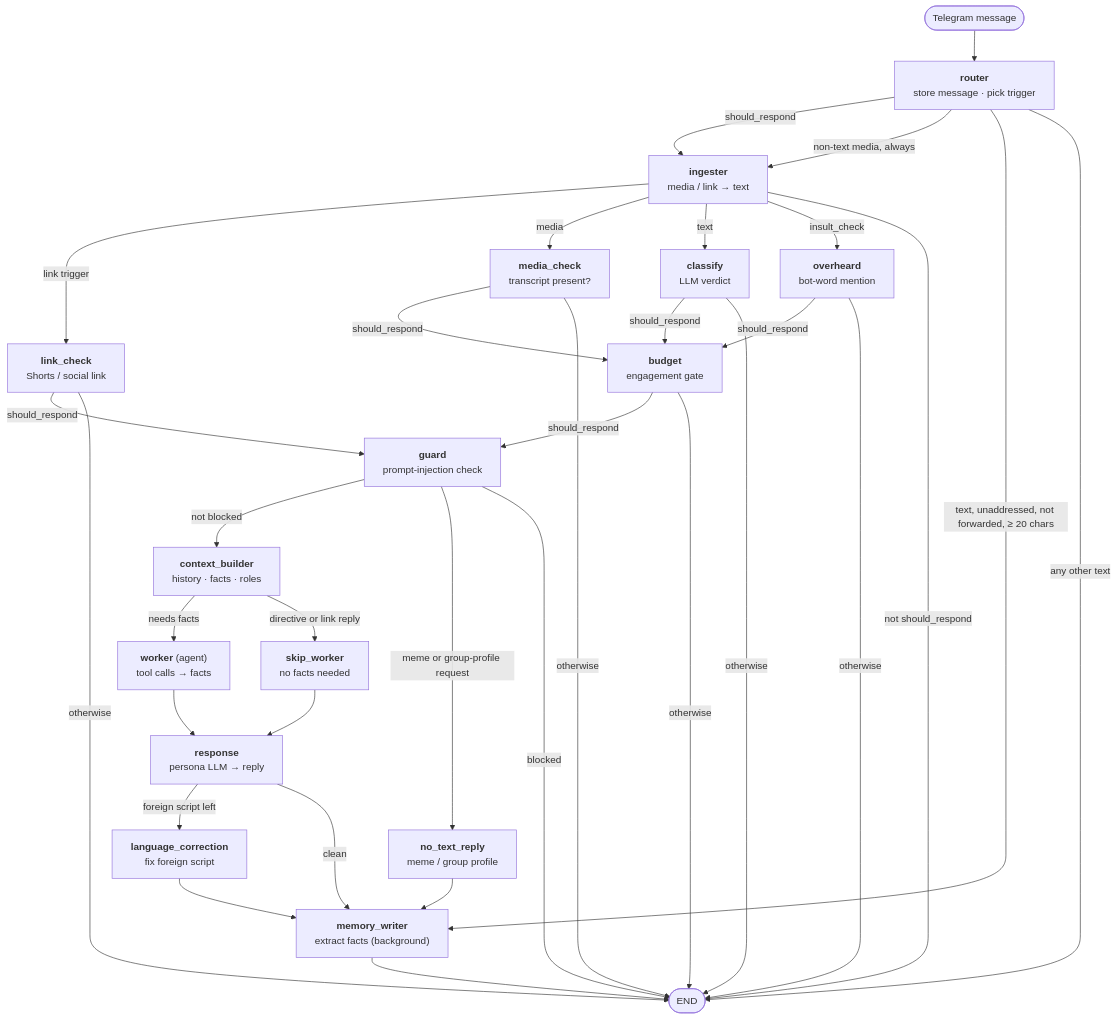
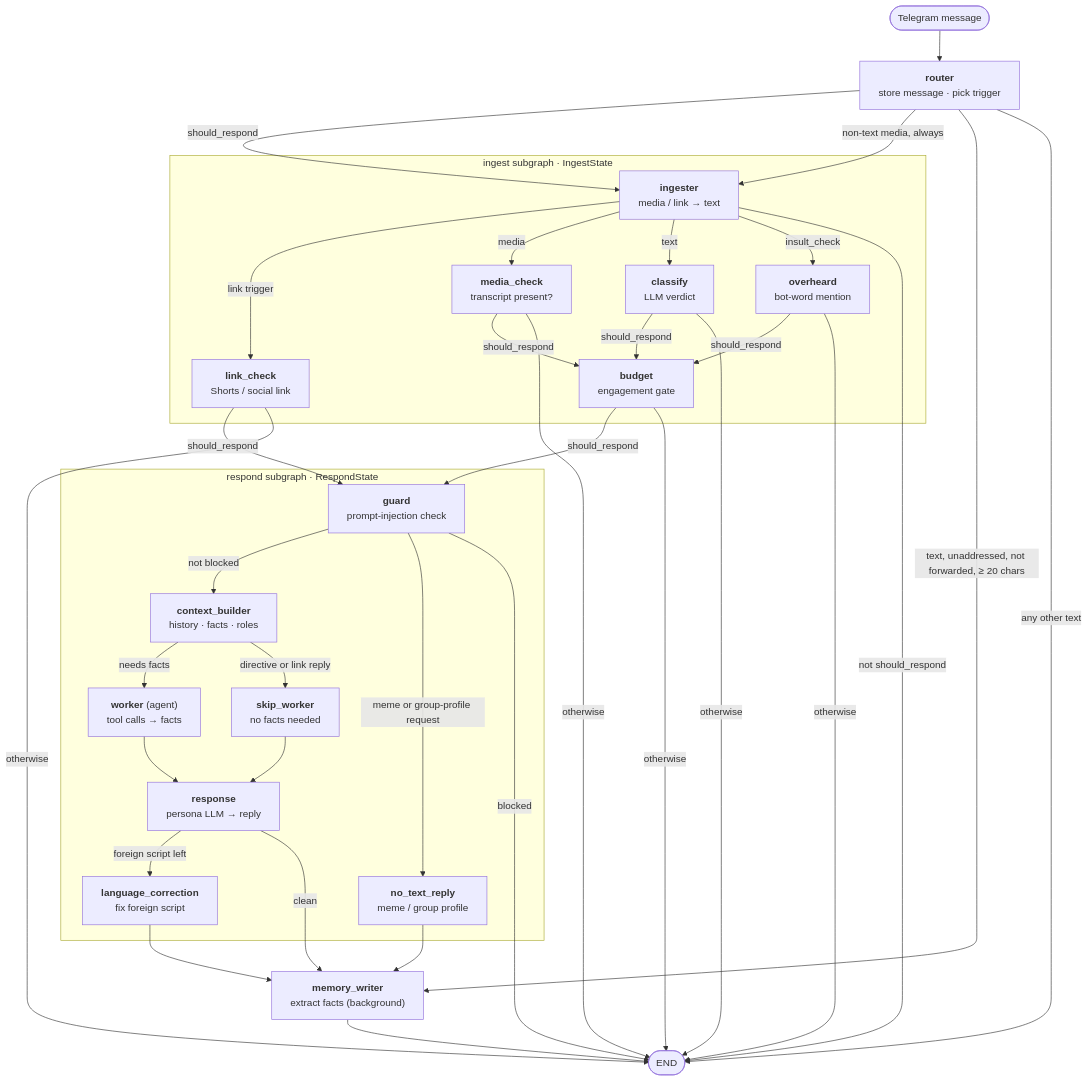
One commit to vsbaldeev/games-chatbot changed the first of 10 diagrams in src/pipeline/README.md. Above: the diagram before and after it, drawn with Mermaid. The commit also changed other lines of this file and 1 other file, not shown here.

Commit message:
docs: describe the ingest and respond subgraphs and the stage state schemas

````diff
--- a/src/pipeline/README.md
+++ b/src/pipeline/README.md
@@ -13,54 +31,58 @@
 ```mermaid
 flowchart TD
     start(["Telegram message"]) --> router
 
     router["<b>router</b><br/>store message · pick trigger"]
-    ingester["<b>ingester</b><br/>media / link → text"]
-    link["<b>link_check</b><br/>Shorts / social link"]
-    media["<b>media_check</b><br/>transcript present?"]
-    classify["<b>classify</b><br/>LLM verdict"]
-    overheard["<b>overheard</b><br/>bot-word mention"]
-    budget["<b>budget</b><br/>engagement gate"]
-    guard["<b>guard</b><br/>prompt-injection check"]
-    ctx["<b>context_builder</b><br/>history · facts · roles"]
-    worker["<b>worker</b> (agent)<br/>tool calls → facts"]
-    skipw["<b>skip_worker</b><br/>no facts needed"]
-    notext["<b>no_text_reply</b><br/>meme / group profile"]
-    response["<b>response</b><br/>persona LLM → reply"]
-    lang["<b>language_correction</b><br/>fix foreign script"]
+    subgraph ingest_stage["ingest subgraph · IngestState"]
+        ingester["<b>ingester</b><br/>media / link → text"]
+        link["<b>link_check</b><br/>Shorts / social link"]
+        media["<b>media_check</b><br/>transcript present?"]
+        classify["<b>classify</b><br/>LLM verdict"]
+        overheard["<b>overheard</b><br/>bot-word mention"]
+        budget["<b>budget</b><br/>engagement gate"]
+    end
+    subgraph respond_stage["respond subgraph · RespondState"]
+        guard["<b>guard</b><br/>prompt-injection check"]
+        ctx["<b>context_builder</b><br/>history · facts · roles"]
+        worker["<b>worker</b> (agent)<br/>tool calls → facts"]
+        skipw["<b>skip_worker</b><br/>no facts needed"]
+        notext["<b>no_text_reply</b><br/>meme / group profile"]
+        response["<b>response</b><br/>persona LLM → reply"]
+        lang["<b>language_correction</b><br/>fix foreign script"]
+    end
     memory["<b>memory_writer</b><br/>extract facts (background)"]
     stop(["END"])
 
     router -->|"should_respond"| ingester
     router -->|"non-text media, always"| ingester
     router -->|"text, unaddressed, not forwarded, ≥ 20 chars"| memory
     router -->|"any other text"| stop
 
     ingester -->|"link trigger"| link
     ingester -->|"media"| media
     ingester -->|"text"| classify
     ingester -->|"insult_check"| overheard
     ingester -->|"not should_respond"| stop
 
     link -->|"should_respond"| guard
     media -->|"should_respond"| budget
     classify -->|"should_respond"| budget
     overheard -->|"should_respond"| budget
     budget -->|"should_respond"| guard
     link -->|"otherwise"| stop
     media -->|"otherwise"| stop
     classify -->|"otherwise"| stop
     overheard -->|"otherwise"| stop
     budget -->|"otherwise"| stop
 
     guard -->|"not blocked"| ctx
     guard -->|"meme or group-profile request"| notext --> memory
     guard -->|"blocked"| stop
 
     ctx -->|"needs facts"| worker --> response
     ctx -->|"directive or link reply"| skipw --> response
     response -->|"foreign script left"| lang
     response -->|"clean"| memory
     lang --> memory
     memory --> stop
 ```
````
